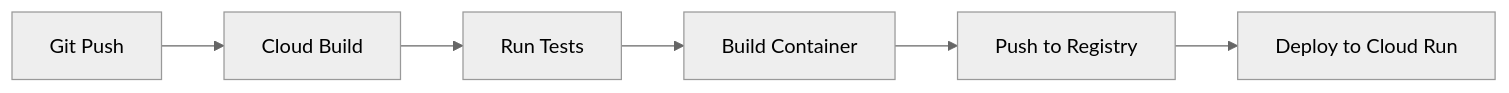
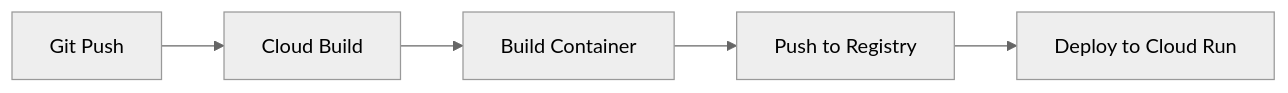
Before and after one commit to wgod58/slack-bot-ai: the diagram in README.md, drawn with Mermaid (neutral theme). The commit also changed 3 other files, not shown here.

````diff
--- a/README.md
+++ b/README.md
@@ -68,8 +68,7 @@
 ```mermaid
 graph LR
     A[Git Push] --> B[Cloud Build]
-    B --> C[Run Tests]
-    C --> D[Build Container]
-    D --> E[Push to Registry]
-    E --> F[Deploy to Cloud Run]
+    B --> C[Build Container]
+    C --> D[Push to Registry]
+    D --> E[Deploy to Cloud Run]
 ```
````
